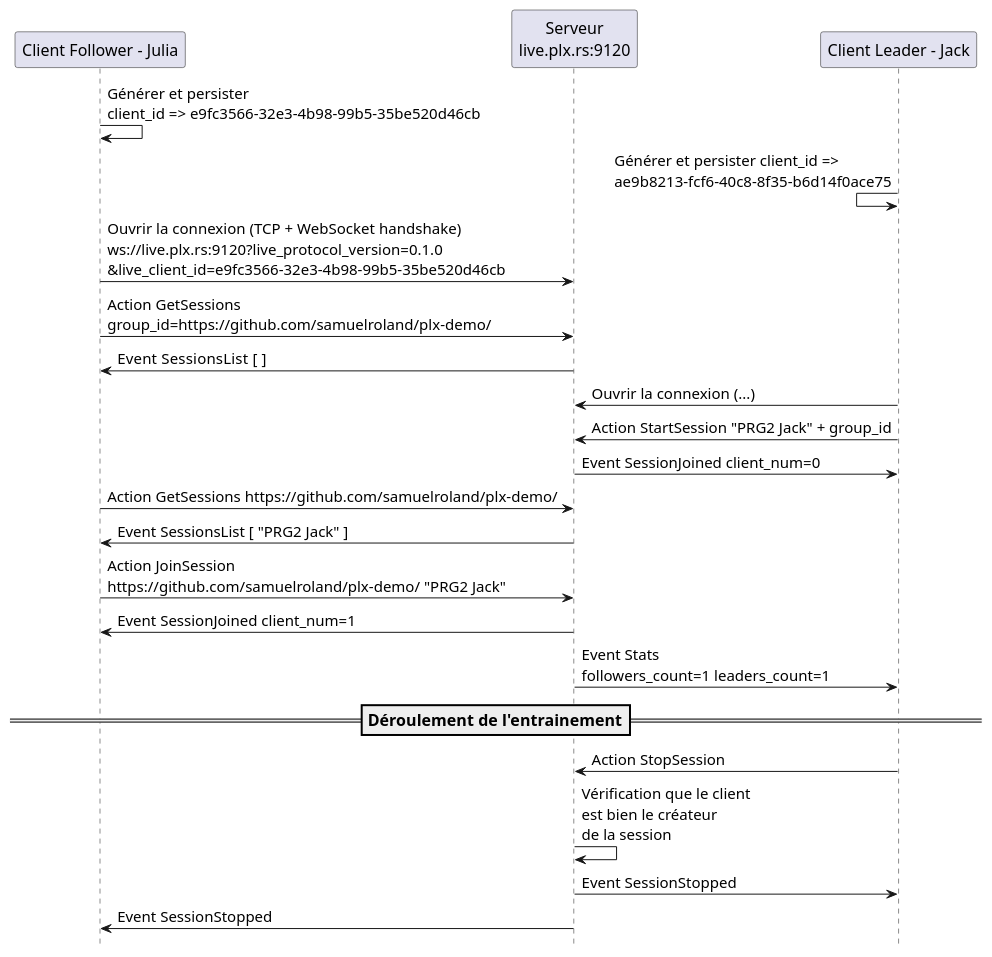
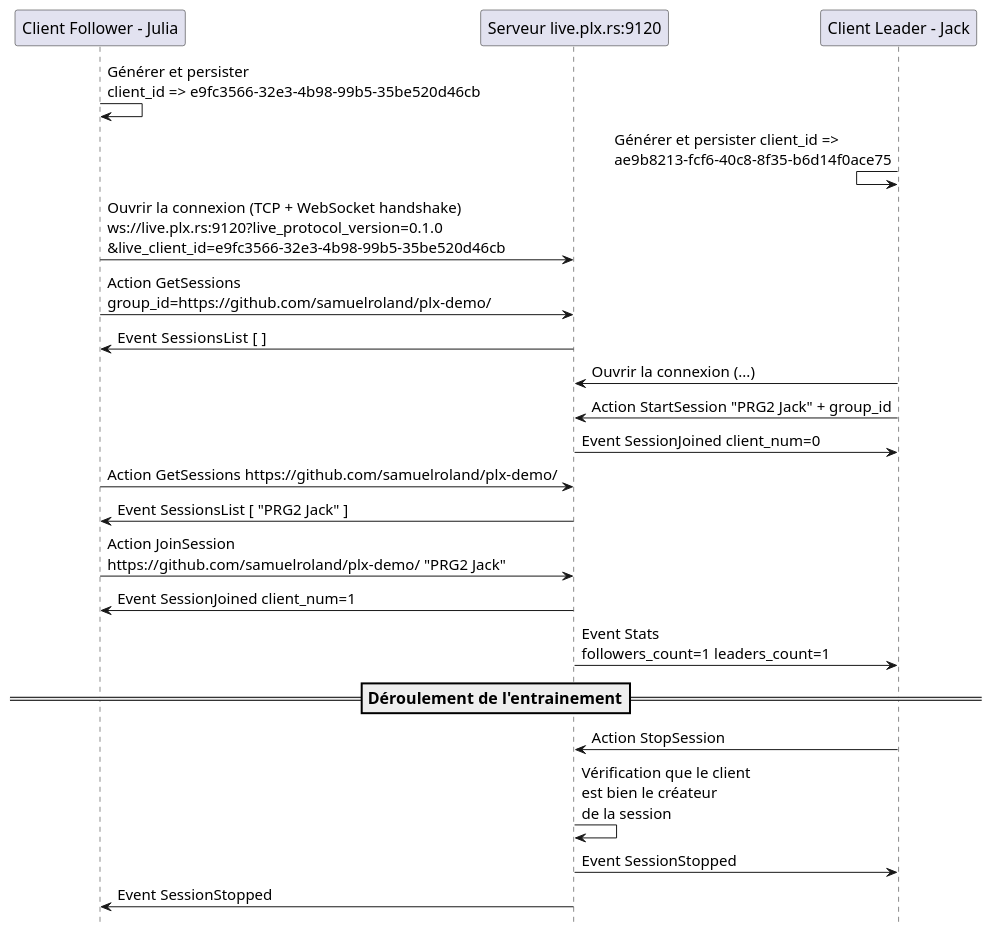
Before and after one commit to samuelroland/tb-docs: the diagram in report/protocol/diagrams/session.puml, drawn with PlantUML. The commit also changed 4 other files, not shown here.

```diff
--- a/report/protocol/diagrams/session.puml
+++ b/report/protocol/diagrams/session.puml
@@ -1,46 +1,38 @@
 @startuml 
 hide footbox
 skinparam defaultFontSize 16
 
 participant "Client Follower - Julia" as follower
-participant "Serveur\nlive.plx.rs:9120" as server
+participant "Serveur live.plx.rs:9120" as server
 participant "Client Leader - Jack" as leader
 skinparam defaultFontSize 15
 
 ' Before
 follower -> follower: Générer et persister\nclient_id => e9fc3566-32e3-4b98-99b5-35be520d46cb
 leader <- leader: Générer et persister client_id =>\nae9b8213-fcf6-40c8-8f35-b6d14f0ace75
 
 ' Follower get an empty list of sessions
 follower -> server: Ouvrir la connexion (TCP + WebSocket handshake)\nws://live.plx.rs:9120?live_protocol_version=0.1.0\n&live_client_id=e9fc3566-32e3-4b98-99b5-35be520d46cb
 follower -> server: Action GetSessions\ngroup_id=https://github.com/samuelroland/plx-demo/
 server -> follower: Event SessionsList [  ]
 
 ' Session creation
 leader -> server: Ouvrir la connexion (...)
 leader -> server: Action StartSession "PRG2 Jack" + group_id
 server -> leader: Event SessionJoined client_num=0
 ' attention: pas de Stats ici !
 
 ' Follower join
 follower -> server: Action GetSessions https://github.com/samuelroland/plx-demo/
 server -> follower: Event SessionsList [ "PRG2 Jack" ]
 follower -> server: Action JoinSession\nhttps://github.com/samuelroland/plx-demo/ "PRG2 Jack"
 server -> follower: Event SessionJoined client_num=1
 server -> leader: Event Stats\nfollowers_count=1 leaders_count=1
 
 ===== Déroulement de l'entrainement ==
 leader -> server: Action StopSession
 server -> server: Vérification que le client\nest bien le créateur\nde la session
 server -> leader: Event SessionStopped
 server -> follower: Event SessionStopped
 
-' Ces IDs doivent rester secrète entre le client et serveur, sinon il serait possible d'impersonner un client.
-' Le même client_id ne peut être utilisé sur plusieurs sockets séparés
-' Les clients ne peuvent être connecté sur une session à la fois. Les messages n'ont ainsi pas besoin d'indiquer la session concernée, le serveur maintient une map de client_id vers session, et en plus socket vers client_id ?
-' Les clients n'ont pas besoin d'informer sur leur nom, juste d'un ID unique qui doit être persisté afin de supporter un redémarrage du client PLX ou une reconnexion.
-' Action are actions taken mostly by client, but could also be the server closing the session after inactivity or during shutdown.
-' Event are responses to actions, as everything is asynchronous
-' exemple messages JSON pour les 2 formats
-
 @enduml
```
